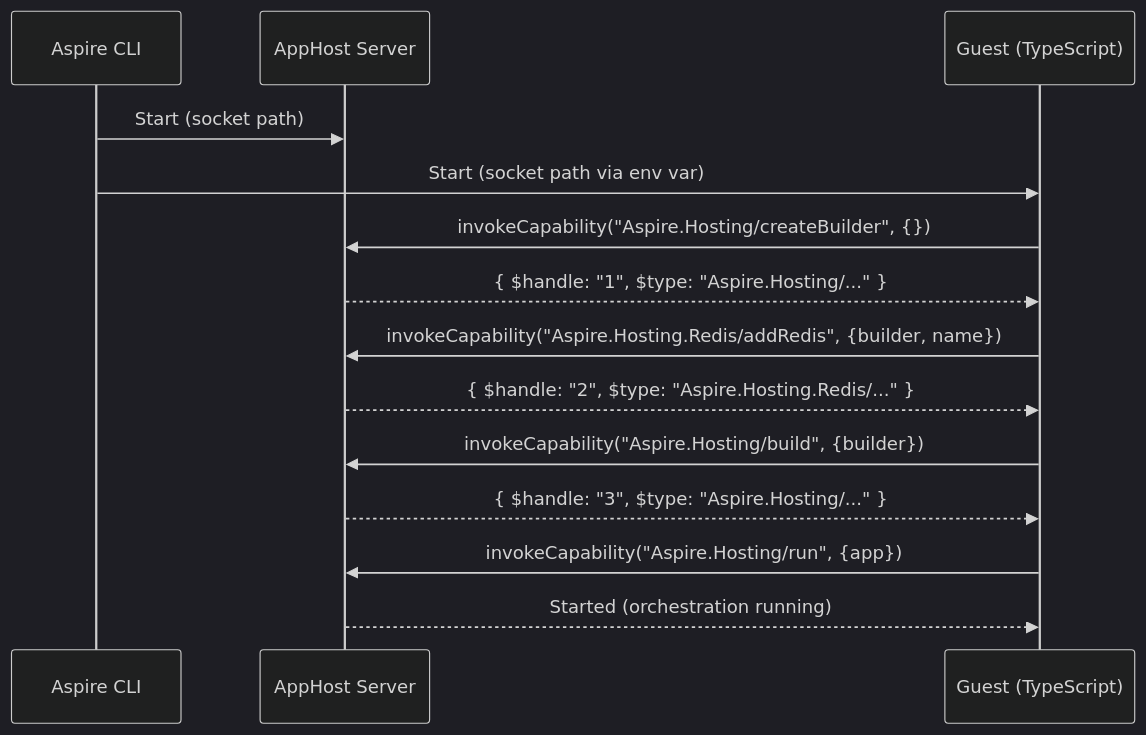
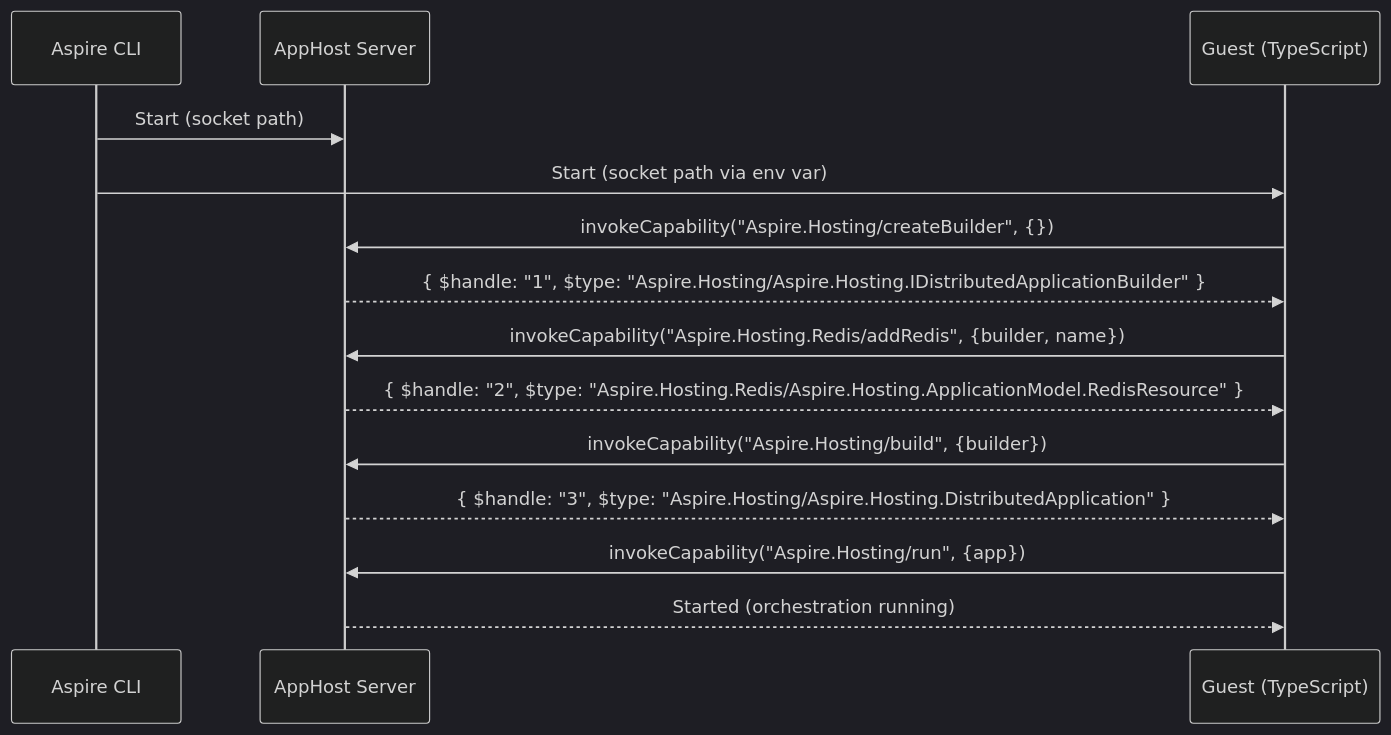
Before and after one commit to dotnet/aspire: the second of 4 diagrams in docs/specs/polyglot-apphost.md, drawn with Mermaid (dark theme). The commit also changed other lines of this file, not shown here.

````diff
--- a/docs/specs/polyglot-apphost.md
+++ b/docs/specs/polyglot-apphost.md
@@ -140,21 +143,21 @@
 ```mermaid
 sequenceDiagram
     participant CLI as Aspire CLI
     participant Host as AppHost Server
     participant Guest as Guest (TypeScript)
 
     CLI->>Host: Start (socket path)
     CLI->>Guest: Start (socket path via env var)
 
     Guest->>Host: invokeCapability("Aspire.Hosting/createBuilder", {})
-    Host-->>Guest: { $handle: "1", $type: "Aspire.Hosting/..." }
+    Host-->>Guest: { $handle: "1", $type: "Aspire.Hosting/Aspire.Hosting.IDistributedApplicationBuilder" }
 
     Guest->>Host: invokeCapability("Aspire.Hosting.Redis/addRedis", {builder, name})
-    Host-->>Guest: { $handle: "2", $type: "Aspire.Hosting.Redis/..." }
+    Host-->>Guest: { $handle: "2", $type: "Aspire.Hosting.Redis/Aspire.Hosting.ApplicationModel.RedisResource" }
 
     Guest->>Host: invokeCapability("Aspire.Hosting/build", {builder})
-    Host-->>Guest: { $handle: "3", $type: "Aspire.Hosting/..." }
+    Host-->>Guest: { $handle: "3", $type: "Aspire.Hosting/Aspire.Hosting.DistributedApplication" }
 
     Guest->>Host: invokeCapability("Aspire.Hosting/run", {app})
     Host-->>Guest: Started (orchestration running)
 ```
````
